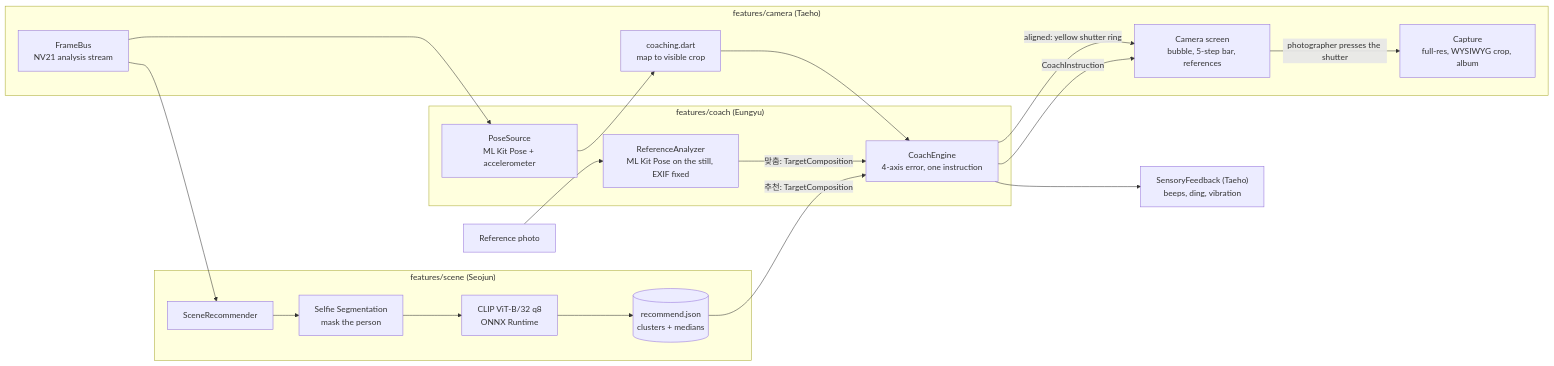
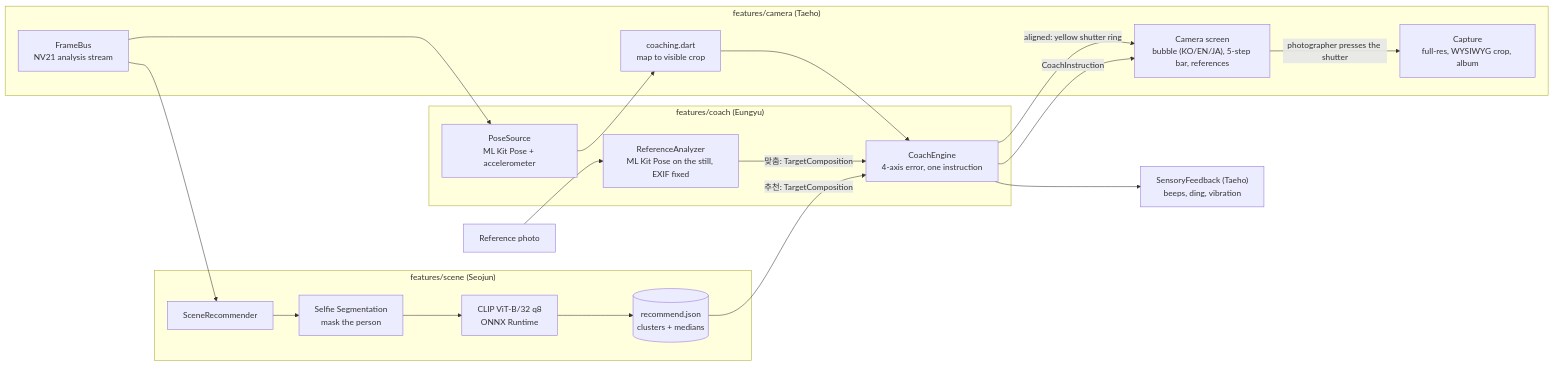
Before and after one commit to Gaslighteam/GUDORY: the diagram in README.md, drawn with Mermaid. The commit also changed other lines of this file and 1 other file, not shown here.

````diff
--- a/README.md
+++ b/README.md
@@ -41,30 +40,30 @@
 ```mermaid
 flowchart LR
   subgraph Camera["features/camera (Taeho)"]
     FB["FrameBus<br/>NV21 analysis stream"]
     CO["coaching.dart<br/>map to visible crop"]
-    UI["Camera screen<br/>bubble, 5-step bar, references"]
+    UI["Camera screen<br/>bubble (KO/EN/JA), 5-step bar, references"]
     CAP["Capture<br/>full-res, WYSIWYG crop, album"]
   end
   subgraph Coach["features/coach (Eungyu)"]
     PS["PoseSource<br/>ML Kit Pose + accelerometer"]
     CE["CoachEngine<br/>4-axis error, one instruction"]
     RA["ReferenceAnalyzer<br/>ML Kit Pose on the still, EXIF fixed"]
   end
   subgraph Scene["features/scene (Seojun)"]
     RC["SceneRecommender"]
     SEG["Selfie Segmentation<br/>mask the person"]
     CLIP["CLIP ViT-B/32 q8<br/>ONNX Runtime"]
     RJ[("recommend.json<br/>clusters + medians")]
   end
   FS["SensoryFeedback (Taeho)<br/>beeps, ding, vibration"]
 
   FB --> PS --> CO --> CE
   FB --> RC --> SEG --> CLIP --> RJ
   RJ -- "추천: TargetComposition" --> CE
   REF["Reference photo"] --> RA -- "맞춤: TargetComposition" --> CE
   CE -- CoachInstruction --> UI
   CE --> FS
   CE -- "aligned: yellow shutter ring" --> UI
   UI -- "photographer presses the shutter" --> CAP
 ```
````
